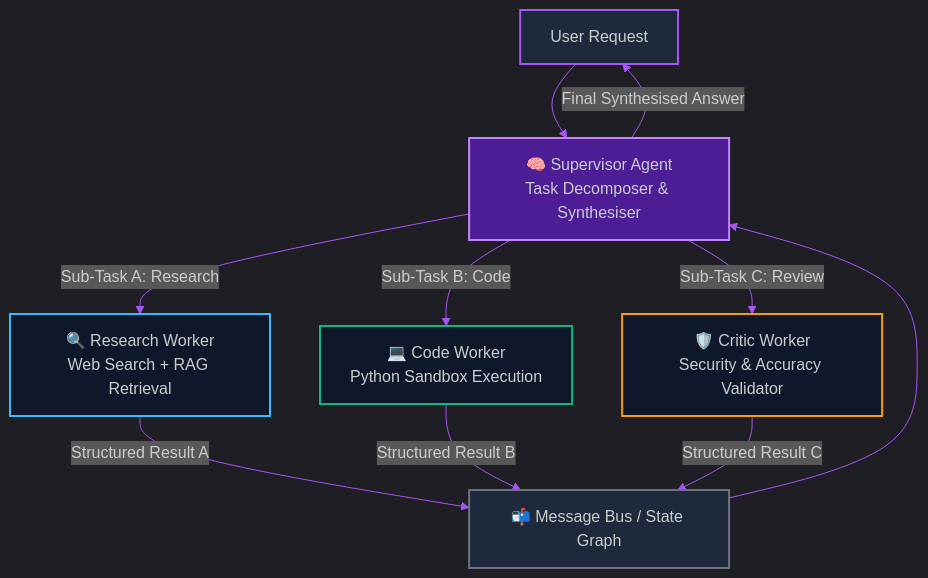
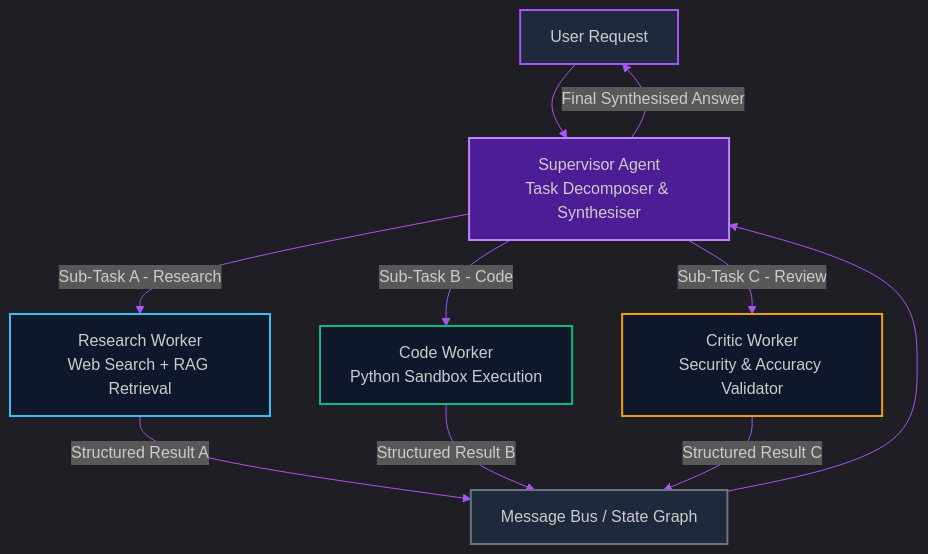
Before and after one commit to akmalkhaniub/akmalkhaniub.github.io: the first of 2 diagrams in blog/posts/supervisor-worker-agent-patterns-langgraph.md, drawn with Mermaid. The commit also changed other lines of this file and 411 other files, not shown here.

````diff
--- a/blog/posts/supervisor-worker-agent-patterns-langgraph.md
+++ b/blog/posts/supervisor-worker-agent-patterns-langgraph.md
@@ -25,23 +25,23 @@
 ```mermaid
 %%{init: {'theme': 'dark', 'themeVariables': { 'primaryColor': '#a855f7', 'primaryTextColor': '#f3f4f6', 'primaryBorderColor': '#c084fc', 'lineColor': '#a855f7', 'secondaryColor': '#111827', 'tertiaryColor': '#0f172a'}}}%%
-graph TD
-    U[User Request] --> S[🧠 Supervisor Agent<br/>Task Decomposer & Synthesiser]
+flowchart TD
+    U[User Request] --> S[ Supervisor Agent<br/>Task Decomposer & Synthesiser]
     
-    S -->|Sub-Task A: Research| W1[🔍 Research Worker<br/>Web Search + RAG Retrieval]
-    S -->|Sub-Task B: Code| W2[💻 Code Worker<br/>Python Sandbox Execution]
-    S -->|Sub-Task C: Review| W3[🛡️ Critic Worker<br/>Security & Accuracy Validator]
+    S -->|Sub-Task A - Research| W1[ Research Worker<br/>Web Search + RAG Retrieval]
+    S -->|Sub-Task B - Code| W2[ Code Worker<br/>Python Sandbox Execution]
+    S -->|Sub-Task C - Review| W3[ Critic Worker<br/>Security & Accuracy Validator]
     
-    W1 -->|Structured Result A| M[📬 Message Bus / State Graph]
+    W1 -->|Structured Result A| M[ Message Bus / State Graph]
     W2 -->|Structured Result B| M
     W3 -->|Structured Result C| M
     
     M --> S
     S -->|Final Synthesised Answer| U
 
     style U fill:#1e293b,stroke:#a855f7,stroke-width:2px
     style S fill:#4c1d95,stroke:#c084fc,stroke-width:2px
     style W1 fill:#0f172a,stroke:#38bdf8,stroke-width:2px
     style W2 fill:#0f172a,stroke:#10b981,stroke-width:2px
     style W3 fill:#0f172a,stroke:#f59e0b,stroke-width:2px
     style M fill:#1e293b,stroke:#6b7280,stroke-width:2px
 ```
````
